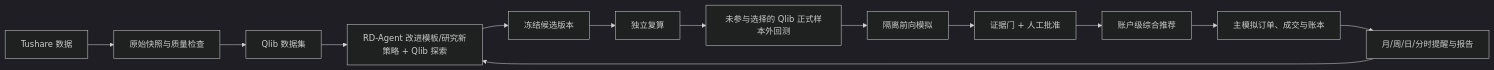
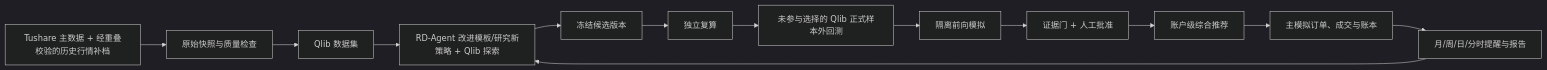
One commit to kk-secboy/raven_quant changed the diagram in 个人量化投资与模拟盘系统设计稿.md. Above: the diagram before and after it, drawn with Mermaid (dark theme). The commit also changed other lines of this file and 201 other files, not shown here.

````diff
--- a/个人量化投资与模拟盘系统设计稿.md
+++ b/个人量化投资与模拟盘系统设计稿.md
@@ -76,15 +76,15 @@
 ```mermaid
 flowchart LR
-    A["Tushare 数据"] --> B["原始快照与质量检查"]
+    A["Tushare 主数据 + 经重叠校验的历史行情补档"] --> B["原始快照与质量检查"]
     B --> C["Qlib 数据集"]
     C --> D["RD-Agent 改进模板/研究新策略 + Qlib 探索"]
     D --> E["冻结候选版本"]
     E --> F["独立复算"]
     F --> G["未参与选择的 Qlib 正式样本外回测"]
     G --> H["隔离前向模拟"]
     H --> I["证据门 + 人工批准"]
     I --> J["账户级综合推荐"]
     J --> K["主模拟订单、成交与账本"]
     K --> L["月/周/日/分时提醒与报告"]
     L --> D
 ```
````
